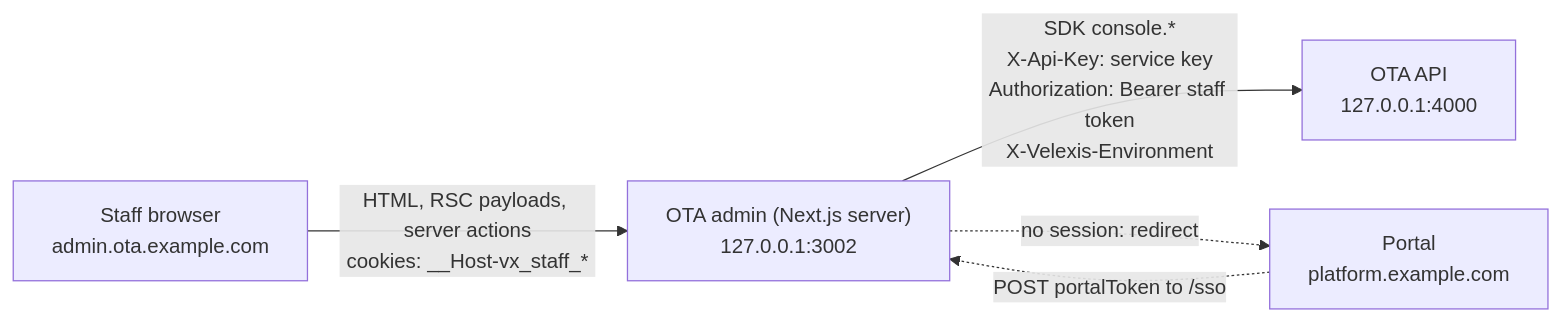
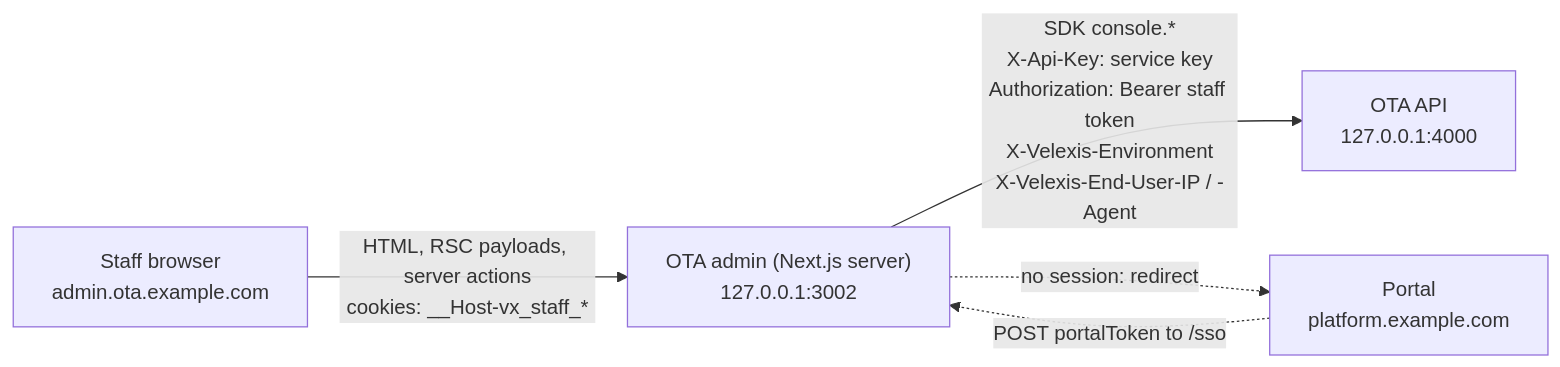
One commit to bhagwati-prasad/velexis-ota changed the first of 2 diagrams in ota/admin/README.md. Above: the diagram before and after it, drawn with Mermaid. The commit also changed other lines of this file and 24 other files, not shown here.

````diff
--- a/ota/admin/README.md
+++ b/ota/admin/README.md
@@ -22,7 +22,7 @@
 ```mermaid
 flowchart LR
   U["Staff browser<br/>admin.ota.example.com"] -->|"HTML, RSC payloads, server actions<br/>cookies: __Host-vx_staff_*"| N["OTA admin (Next.js server)<br/>127.0.0.1:3002"]
-  N -->|"SDK console.*<br/>X-Api-Key: service key<br/>Authorization: Bearer staff token<br/>X-Velexis-Environment"| O["OTA API<br/>127.0.0.1:4000"]
+  N -->|"SDK console.*<br/>X-Api-Key: service key<br/>Authorization: Bearer staff token<br/>X-Velexis-Environment<br/>X-Velexis-End-User-IP / -Agent"| O["OTA API<br/>127.0.0.1:4000"]
   P["Portal<br/>platform.example.com"] -.->|"POST portalToken to /sso"| N
   N -.->|"no session: redirect"| P
 ```
````
